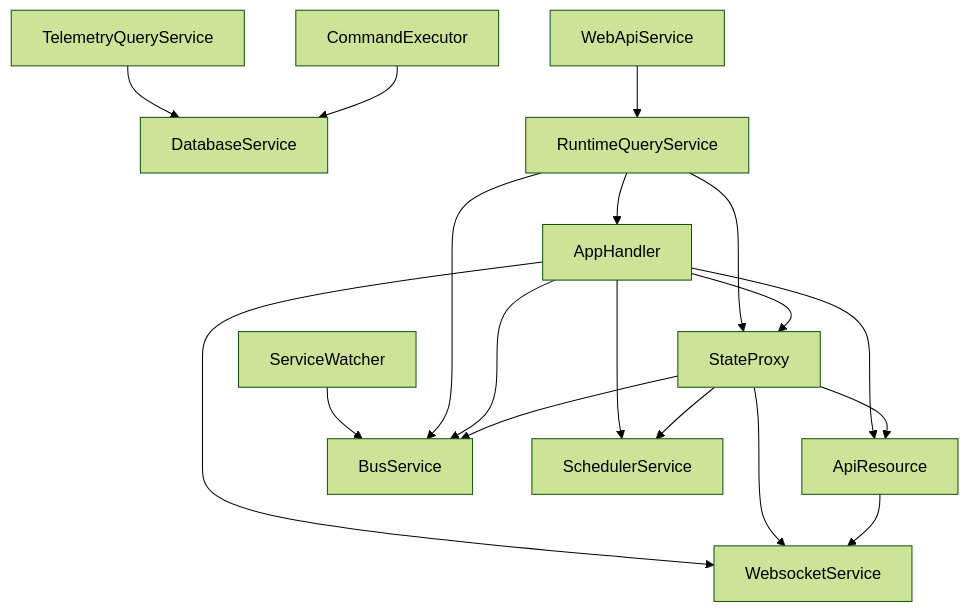
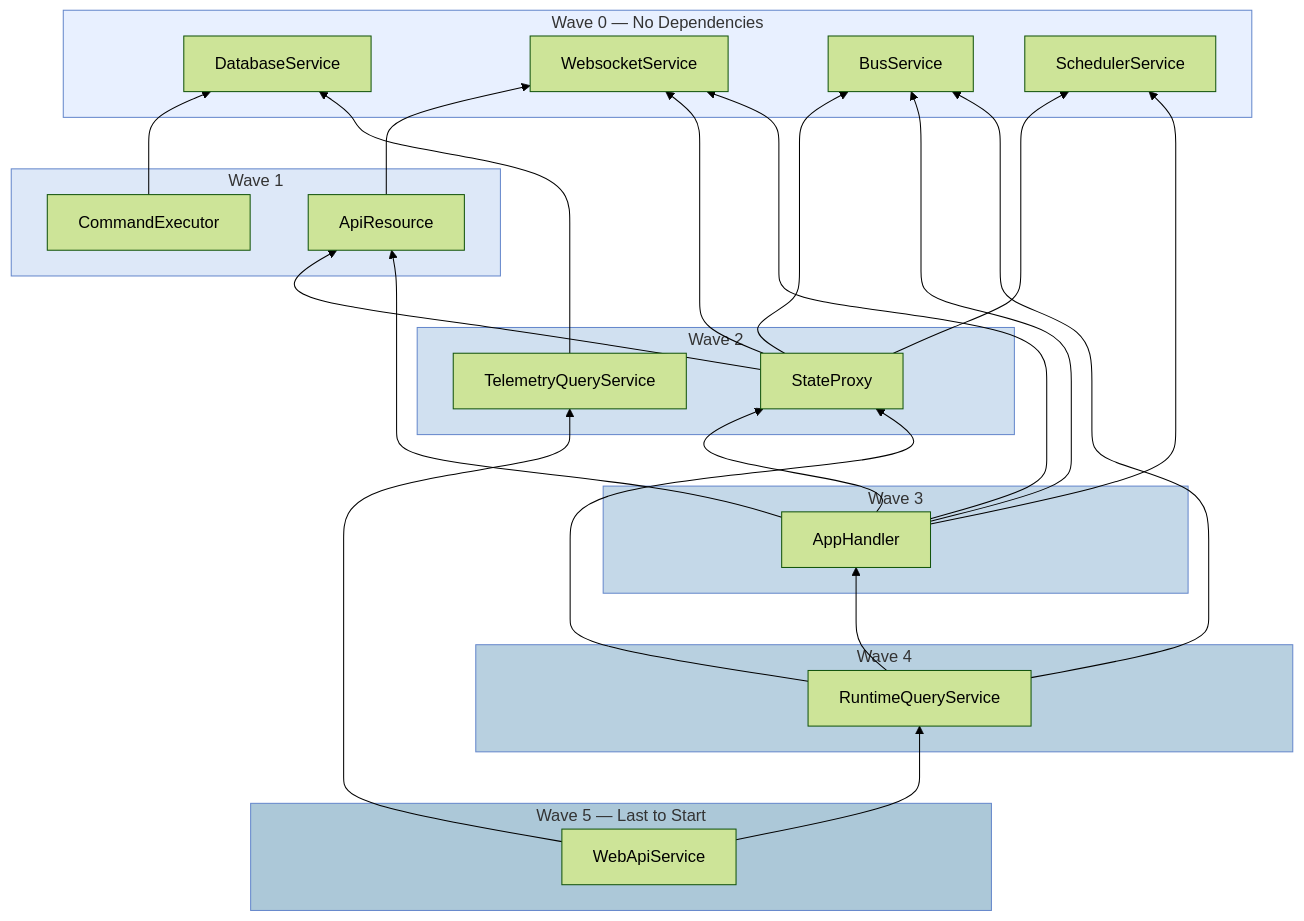
The fourth of 4 diagrams in docs/pages/core-concepts/index.md (NodeJSmith/hassette), drawn with Mermaid (forest theme) before and after one commit. The commit also changed other lines of this file and 6 other files, not shown here.

First line of the commit message:
docs: unify diagram color scheme across all docs pages

````diff
--- a/docs/pages/core-concepts/index.md
+++ b/docs/pages/core-concepts/index.md
@@ -127,33 +175,46 @@
 ```mermaid
-graph TD
-    DB[DatabaseService]
-    WS[WebsocketService]
-    CMD[CommandExecutor]
-    API[ApiResource]
-    BUS[BusService]
-    SCHED[SchedulerService]
-    SP[StateProxy]
-    AH[AppHandler]
-    RQS[RuntimeQueryService]
-    TQS[TelemetryQueryService]
-    WEB[WebApiService]
-    SW[ServiceWatcher]
+graph BT
+    subgraph wave0["Wave 0 — No Dependencies"]
+        DB[DatabaseService]
+        WS[WebsocketService]
+        BUS[BusService]
+        SCHED[SchedulerService]
+    end
+
+    subgraph wave1["Wave 1"]
+        CMD[CommandExecutor]
+        API[ApiResource]
+    end
+
+    subgraph wave2["Wave 2"]
+        SP[StateProxy]
+        TQS[TelemetryQueryService]
+    end
+
+    subgraph wave3["Wave 3"]
+        AH[AppHandler]
+    end
+
+    subgraph wave4["Wave 4"]
+        RQS[RuntimeQueryService]
+    end
+
+    subgraph wave5["Wave 5 — Last to Start"]
+        WEB[WebApiService]
+    end
 
     CMD --> DB
+    TQS --> DB
     API --> WS
-    SP --> WS
-    SP --> API
-    SP --> BUS
-    SP --> SCHED
-    AH --> WS
-    AH --> API
-    AH --> BUS
-    AH --> SCHED
-    AH --> SP
-    RQS --> BUS
-    RQS --> SP
-    RQS --> AH
-    TQS --> DB
-    WEB --> RQS
-    SW --> BUS
+    SP --> WS & API & BUS & SCHED
+    AH --> WS & API & BUS & SCHED & SP
+    RQS --> BUS & SP & AH
+    WEB --> RQS & TQS
+
+    style wave0 fill:#e8f0ff,stroke:#6688cc
+    style wave1 fill:#dde8f8,stroke:#6688cc
+    style wave2 fill:#d0e0f0,stroke:#6688cc
+    style wave3 fill:#c4d8e8,stroke:#6688cc
+    style wave4 fill:#b8d0e0,stroke:#6688cc
+    style wave5 fill:#acc8d8,stroke:#6688cc
 ```
````
